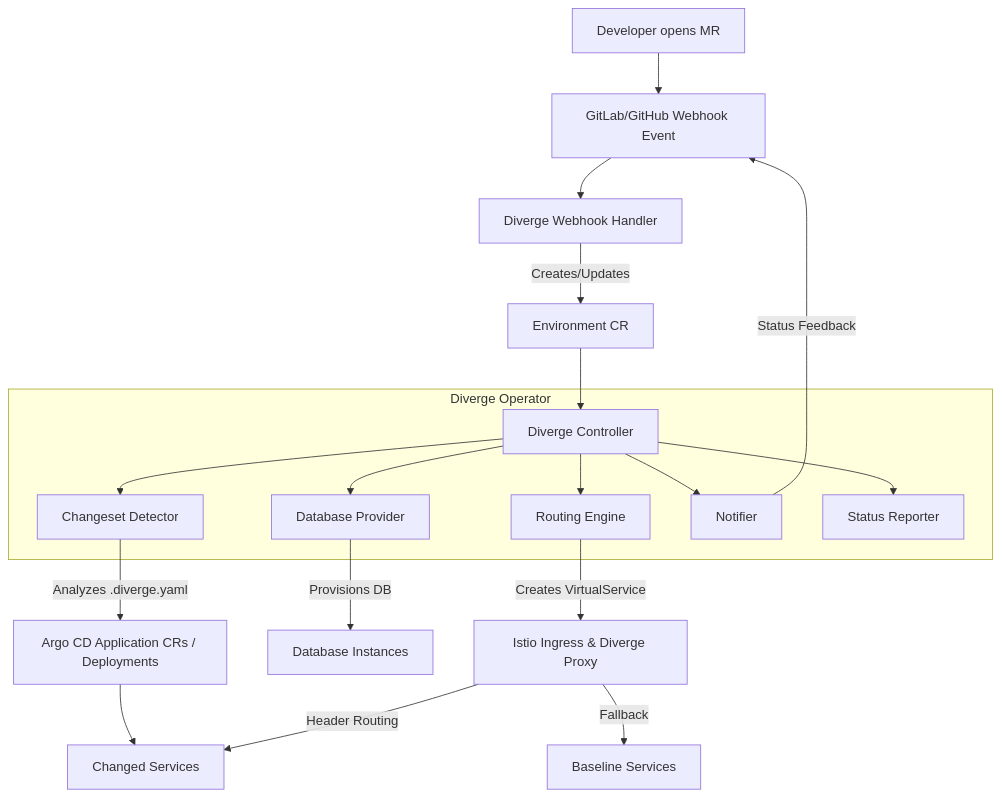
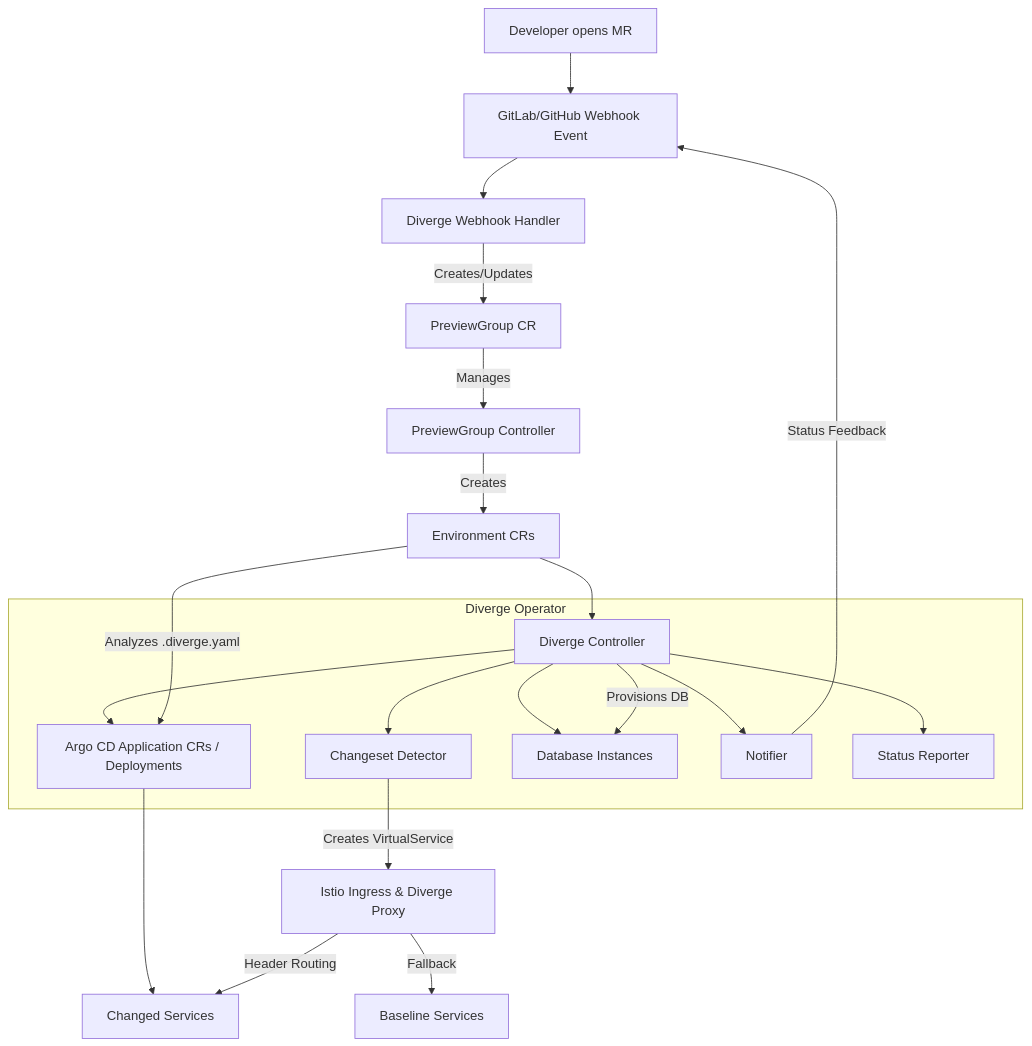
Before and after one commit to divergedev/diverge: the diagram in docs/architecture.md, drawn with Mermaid. The commit also changed other lines of this file and 2 other files, not shown here.

First line of the commit message:
docs: update README and architecture for PreviewGroup, Scale-to-Zero, Activator Proxy

````diff
--- a/docs/architecture.md
+++ b/docs/architecture.md
@@ -10,24 +10,26 @@
 ```mermaid
 flowchart TD
     A[Developer opens MR] --> B[GitLab/GitHub Webhook Event]
     B --> C[Diverge Webhook Handler]
-    C -->|Creates/Updates| D[Environment CR]
-    D --> E[Diverge Controller]
+    C -->|Creates/Updates| D[PreviewGroup CR]
+    D -->|Manages| E[PreviewGroup Controller]
+    E -->|Creates| F[Environment CRs]
+    F --> G[Diverge Controller]
 
     subgraph Diverge Operator
-        E --> F[Changeset Detector]
-        E --> G[Database Provider]
-        E --> H[Routing Engine]
-        E --> N[Notifier]
-        E --> S[Status Reporter]
+        G --> H[Changeset Detector]
+        G --> I[Database Provider]
+        G --> J[Routing Engine]
+        G --> N[Notifier]
+        G --> S[Status Reporter]
     end
 
     F -->|Analyzes .diverge.yaml| I[Argo CD Application CRs / Deployments]
     G -->|Provisions DB| J[Database Instances]
     H -->|Creates VirtualService| K[Istio Ingress & Diverge Proxy]
     N -->|Status Feedback| B
 
     I --> L[Changed Services]
     K -->|Header Routing| L
     K -->|Fallback| M[Baseline Services]
 ```
````
